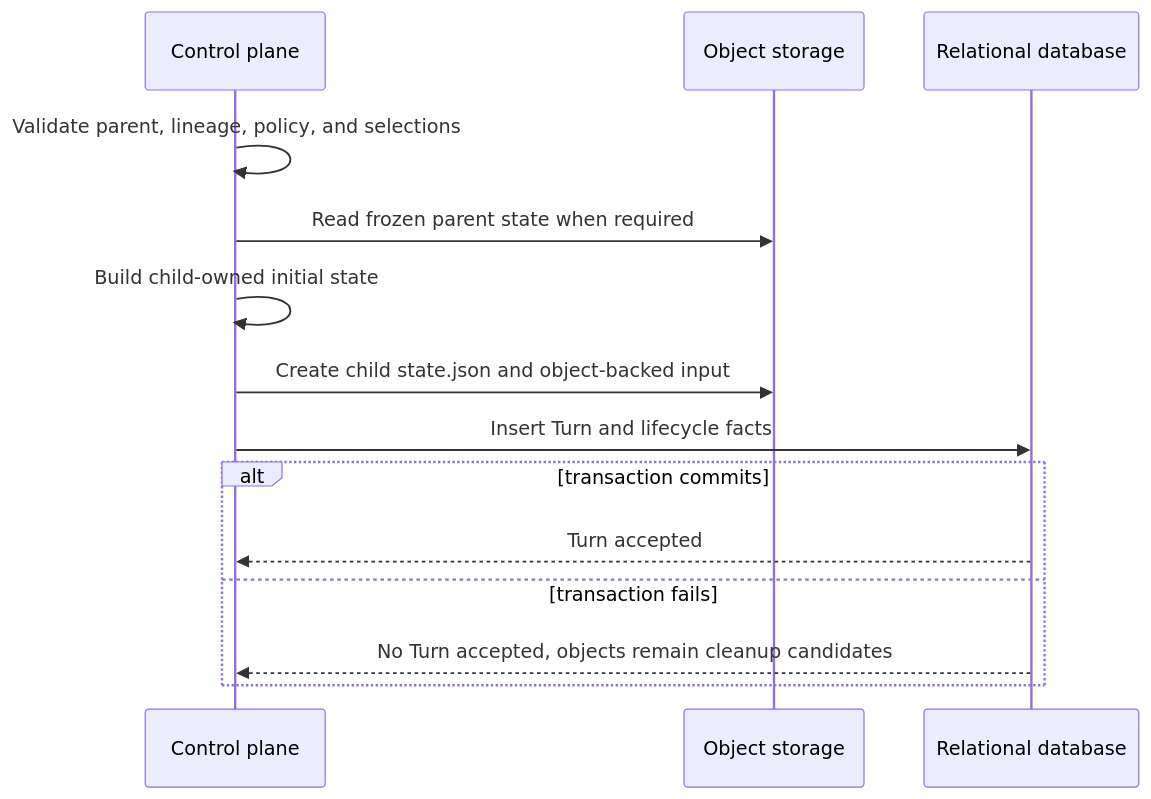
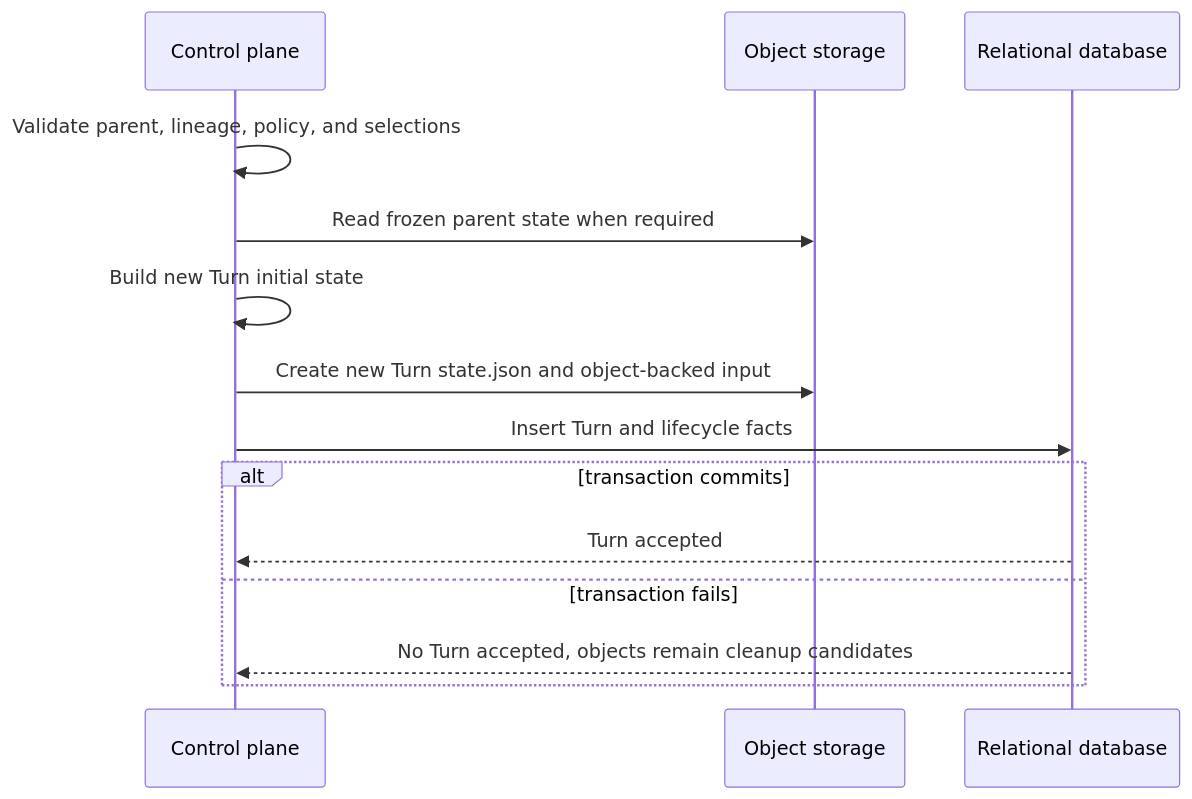
Before and after one commit to converge-ai-labs/agent-foundation: the fourth of 4 diagrams in spec/foundation-service/14-turn-persistence.md, drawn with Mermaid. The commit also changed other lines of this file and 16 other files, not shown here.

````diff
--- a/spec/foundation-service/14-turn-persistence.md
+++ b/spec/foundation-service/14-turn-persistence.md
@@ -653,17 +655,17 @@
 ```mermaid
 sequenceDiagram
     participant Control as Control plane
     participant Objects as Object storage
     participant DB as Relational database
 
     Control->>Control: Validate parent, lineage, policy, and selections
     Control->>Objects: Read frozen parent state when required
-    Control->>Control: Build child-owned initial state
-    Control->>Objects: Create child state.json and object-backed input
+    Control->>Control: Build new Turn initial state
+    Control->>Objects: Create new Turn state.json and object-backed input
     Control->>DB: Insert Turn and lifecycle facts
     alt transaction commits
         DB-->>Control: Turn accepted
     else transaction fails
         DB-->>Control: No Turn accepted, objects remain cleanup candidates
     end
 ```
````
